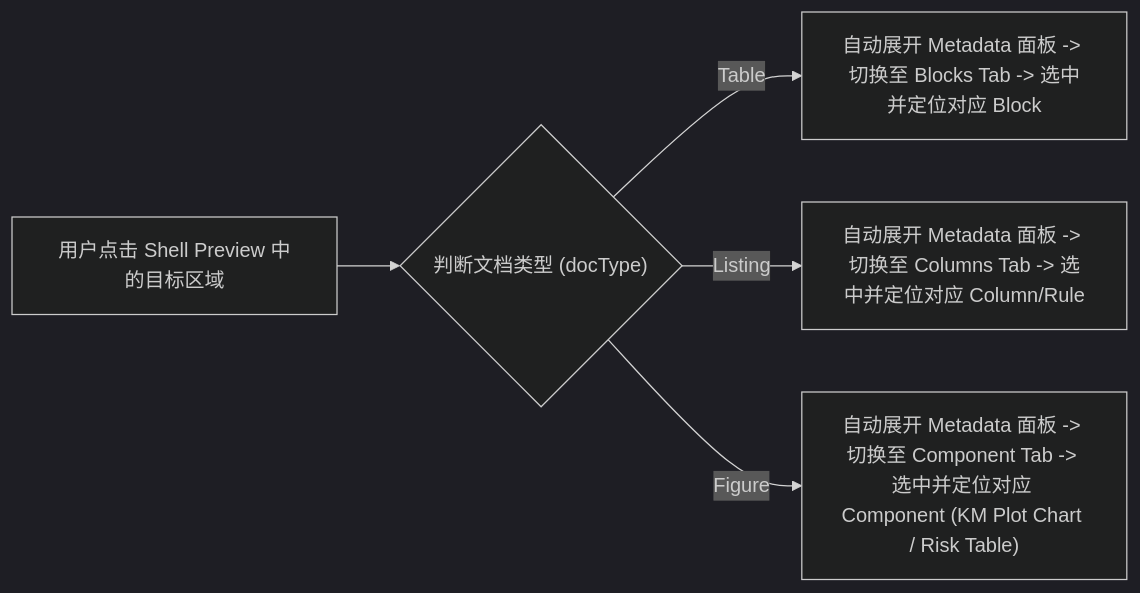
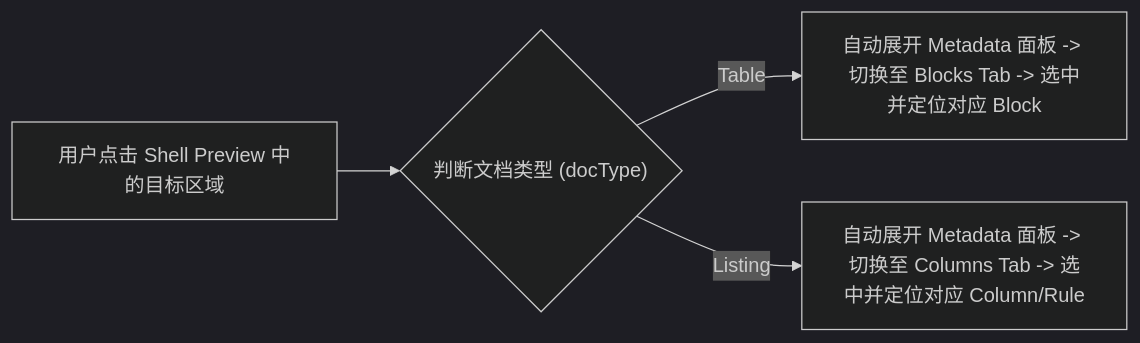
One commit to ruiniou/at-demo changed the diagram in guidelines/UI-2.0-Optimizations/Shell-Preview-Design-Spec-2.0.md. Above: the diagram before and after it, drawn with Mermaid (dark theme). The commit also changed other lines of this file and 3 other files, not shown here.

Commit message:
fix(figure): align shell preview with design

````diff
--- a/guidelines/UI-2.0-Optimizations/Shell-Preview-Design-Spec-2.0.md
+++ b/guidelines/UI-2.0-Optimizations/Shell-Preview-Design-Spec-2.0.md
@@ -100,7 +100,6 @@
 ```mermaid
 flowchart LR
     A["用户点击 Shell Preview 中的目标区域"] --> B{"判断文档类型 (docType)"}
     B -- "Table" --> C["自动展开 Metadata 面板 -> 切换至 Blocks Tab -> 选中并定位对应 Block"]
     B -- "Listing" --> D["自动展开 Metadata 面板 -> 切换至 Columns Tab -> 选中并定位对应 Column/Rule"]
-    B -- "Figure" --> E["自动展开 Metadata 面板 -> 切换至 Component Tab -> 选中并定位对应 Component (KM Plot Chart / Risk Table)"]
 ```
````
